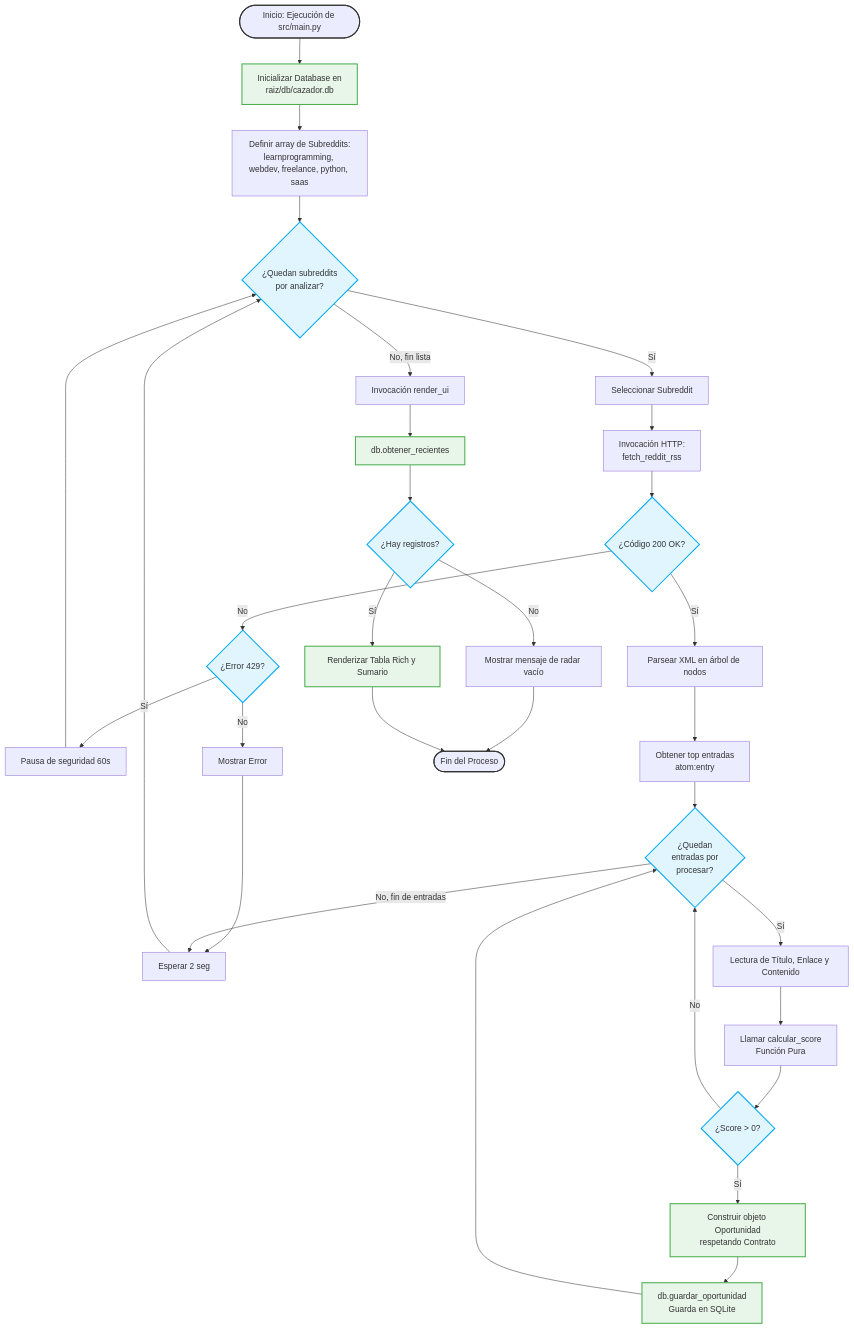
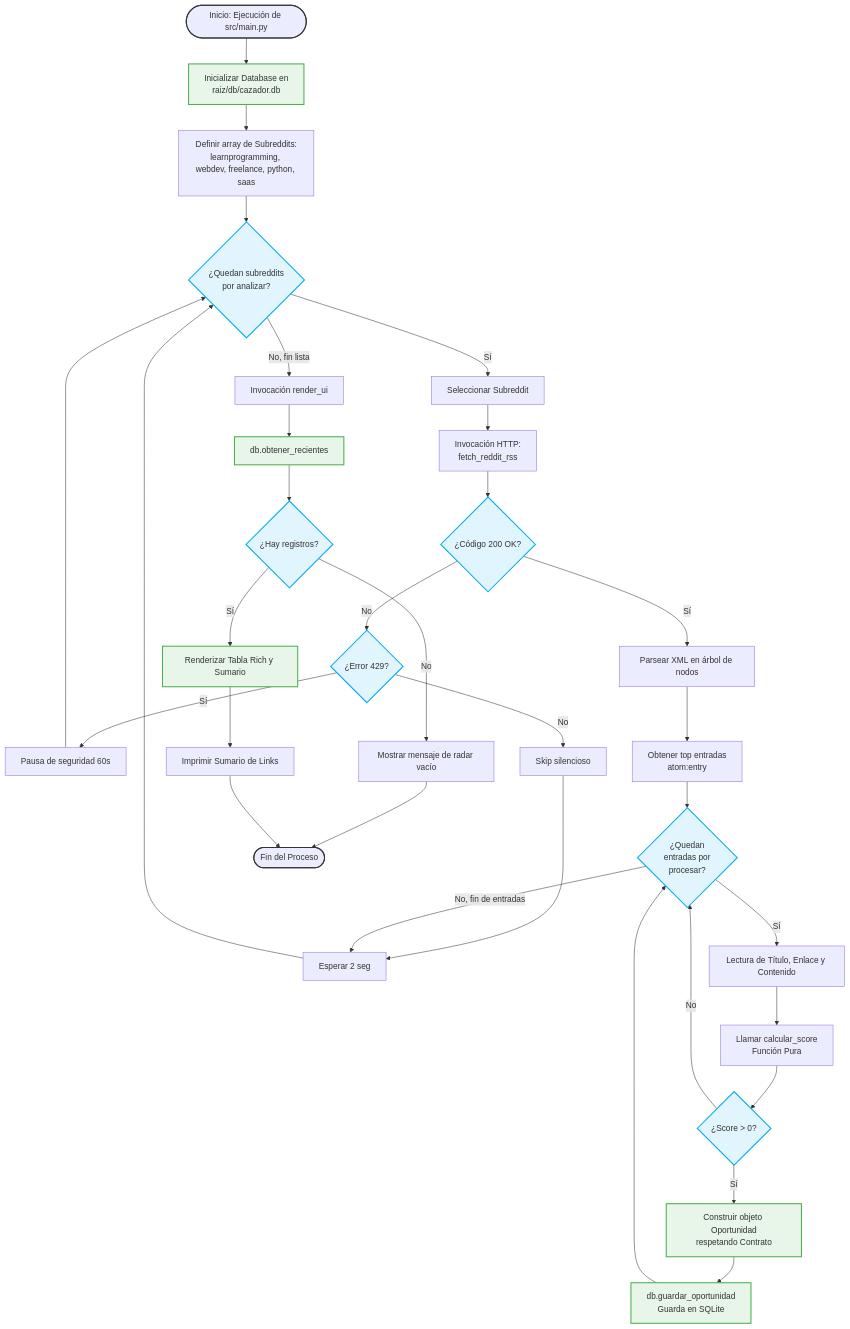
One commit to GustavoOsorioDev/cazador-cli changed the diagram in docs/diagrama_flujo.md. Above: the diagram before and after it, drawn with Mermaid. The commit also changed 5 other files, not shown here.

````diff
--- a/docs/diagrama_flujo.md
+++ b/docs/diagrama_flujo.md
@@ -7,59 +7,60 @@
 ```mermaid
 flowchart TD
     A([Inicio: Ejecución de src/main.py]) --> B[Inicializar Database en\nraiz/db/cazador.db]
     B --> C[Definir array de Subreddits:\nlearnprogramming, webdev, freelance, python, saas]
     
     C --> D{¿Quedan subreddits\npor analizar?}
     
     %% Loop principal por Subreddit
     D -- Sí --> E[Seleccionar Subreddit]
     E --> F[Invocación HTTP:\nfetch_reddit_rss]
     F --> G{¿Código 200 OK?}
     
     G -- No --> H{¿Error 429?}
     H -- Sí --> H1[Pausa de seguridad 60s]
-    H -- No --> H2[Mostrar Error]
+    H -- No --> H2[Skip silencioso]
     H1 --> D
     H2 --> I
     
     %% Flujo de éxito para el feed
     G -- Sí --> J[Parsear XML en árbol de nodos]
     J --> K[Obtener top entradas\natom:entry]
     
     K --> L{¿Quedan\nentradas por\nprocesar?}
     
     %% Loop interno por Entrada
     L -- Sí --> M[Lectura de Título, Enlace y Contenido]
     M --> N[Llamar calcular_score\nFunción Pura]
     
     N --> O{¿Score > 0?}
     
     O -- Sí --> P[Construir objeto Oportunidad\nrespetando Contrato]
     P --> Q[db.guardar_oportunidad \nGuarda en SQLite]
     Q --> L
     
     O -- No --> L
     
     L -- No, fin de entradas --> I[Esperar 2 seg]
     I --> D
     
     %% Flujo de renderizado
     D -- No, fin lista --> U[Invocación render_ui]
     U --> V[db.obtener_recientes]
     V --> W{¿Hay registros?}
     
     W -- Sí --> X[Renderizar Tabla Rich y Sumario]
     W -- No --> Y[Mostrar mensaje de radar vacío]
     
     Y --> Z([Fin del Proceso])
-    X --> Z
+    X --> X2[Imprimir Sumario de Links]
+    X2 --> Z
 
     %% Estilos recomendados para el diagrama
     classDef init endObj fill:#f5f5f5,stroke:#333,stroke-width:2px;
     classDef logic fill:#e1f5fe,stroke:#03a9f4,stroke-width:2px;
     classDef data fill:#e8f5e9,stroke:#4caf50,stroke-width:2px;
     
     class A,Z init;
     class D,G,H,L,O,W logic;
     class B,P,Q,V,X data;
 ```
````
